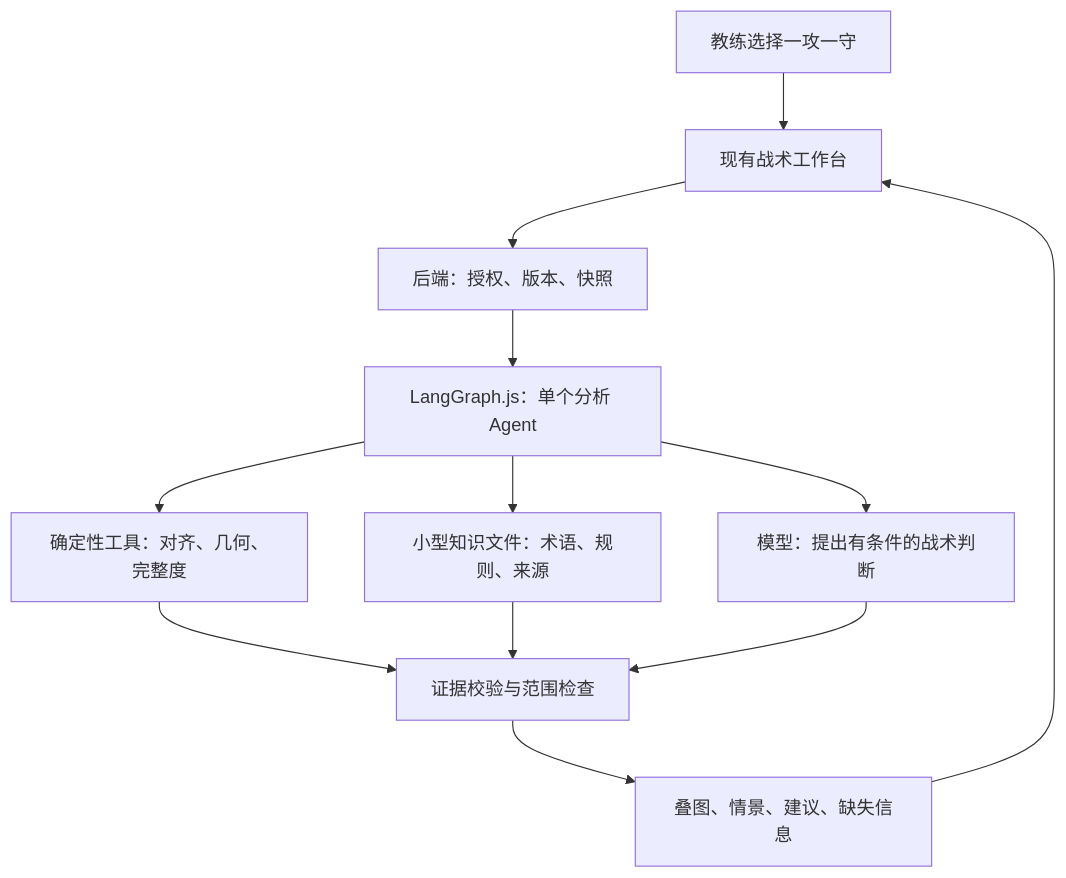
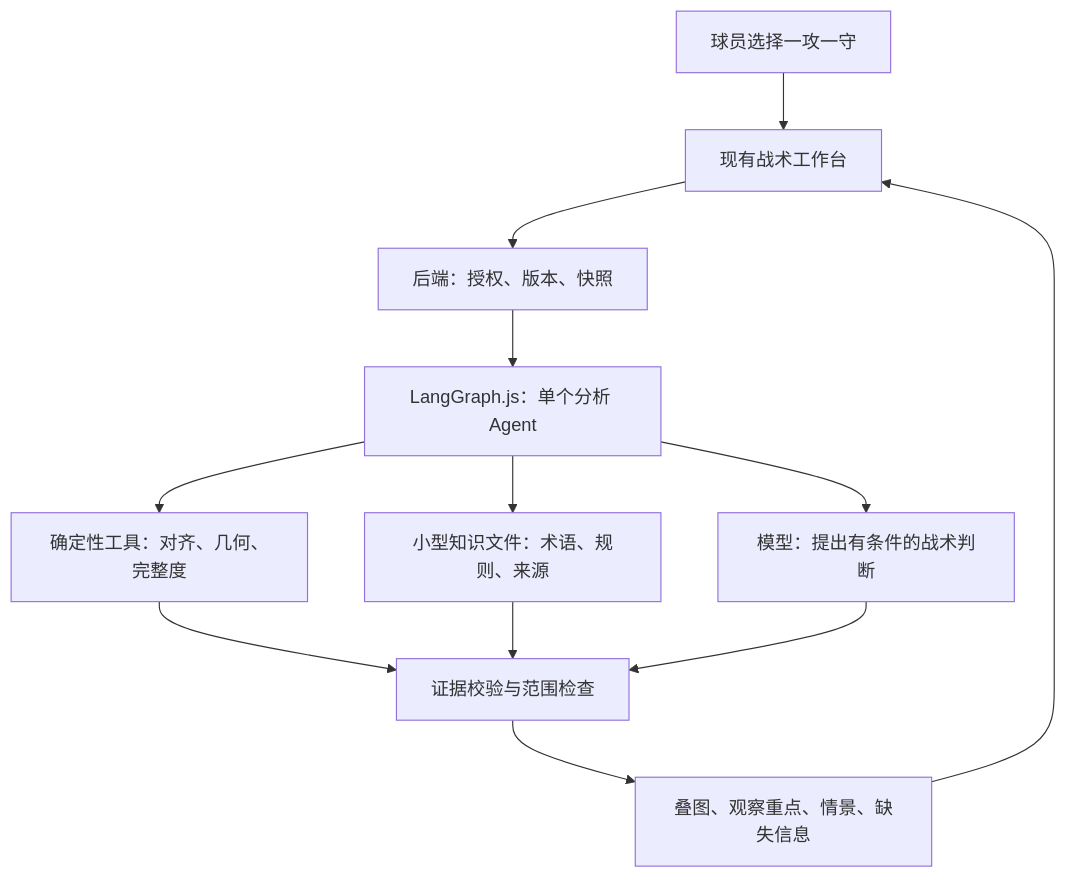
The first of 4 diagrams in docs/AI_MATCHUP_ANALYSIS_ROADMAP.md (TIMPICKLE/playbook-studio-web), drawn with Mermaid before and after one commit. The commit also changed other lines of this file and 2 other files, not shown here.

Commit message:
docs: focus matchup analysis on player scenarios

````diff
--- a/docs/AI_MATCHUP_ANALYSIS_ROADMAP.md
+++ b/docs/AI_MATCHUP_ANALYSIS_ROADMAP.md
@@ -17,14 +19,14 @@
 ```mermaid
 flowchart TD
-    Coach["教练选择一攻一守"] --> App["现有战术工作台"]
+    Player["球员选择一攻一守"] --> App["现有战术工作台"]
     App --> Gate["后端：授权、版本、快照"]
     Gate --> Graph["LangGraph.js：单个分析 Agent"]
     Graph --> Tools["确定性工具：对齐、几何、完整度"]
     Graph --> Knowledge["小型知识文件：术语、规则、来源"]
     Graph --> Model["模型：提出有条件的战术判断"]
     Tools --> Check["证据校验与范围检查"]
     Knowledge --> Check
     Model --> Check
-    Check --> Result["叠图、情景、建议、缺失信息"]
+    Check --> Result["叠图、观察重点、情景、缺失信息"]
     Result --> App
 ```
````
